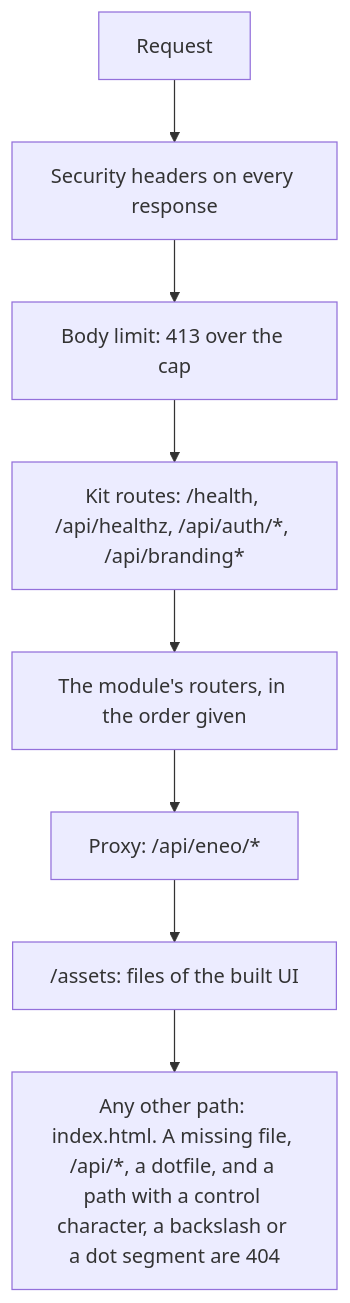
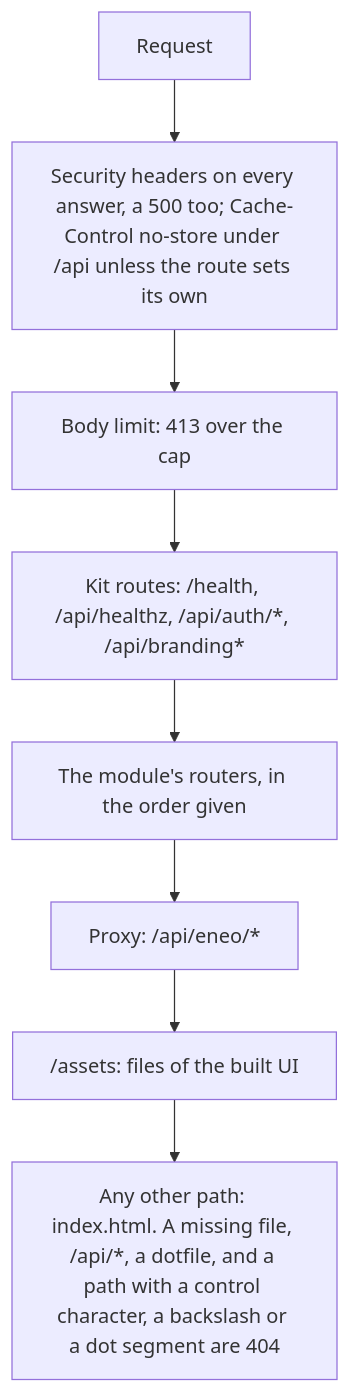
The third of 14 diagrams in docs/architecture.md (eneo-ai/eneo-module-kit), drawn with Mermaid before and after one commit. The commit also changed other lines of this file and 11 other files, not shown here.

First line of the commit message:
fix(bff): the security headers on every answer, a 500 too, and Eneo's stay with Eneo

````diff
--- a/docs/architecture.md
+++ b/docs/architecture.md
@@ -90,10 +90,10 @@
 ```mermaid
 flowchart TB
-  req["Request"] --> sec["Security headers on every response"]
+  req["Request"] --> sec["Security headers on every answer, a 500 too; Cache-Control no-store under /api unless the route sets its own"]
   sec --> lim["Body limit: 413 over the cap"]
   lim --> kit["Kit routes: /health, /api/healthz, /api/auth/*, /api/branding*"]
   kit --> own["The module's routers, in the order given"]
   own --> prx["Proxy: /api/eneo/*"]
   prx --> assets["/assets: files of the built UI"]
   assets --> page["Any other path: index.html. A missing file, /api/*, a dotfile, and a path with a control character, a backslash or a dot segment are 404"]
 ```
````
